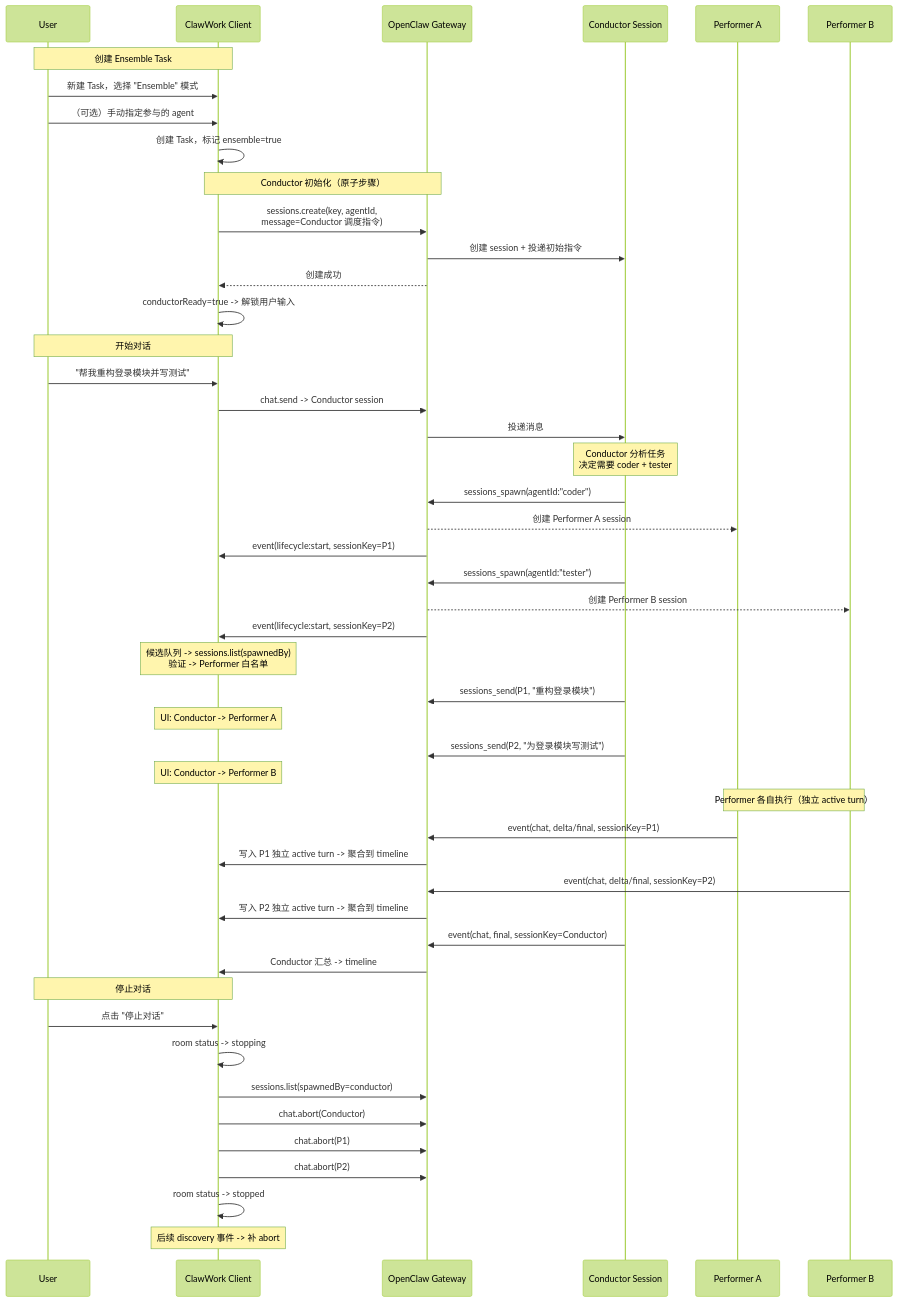
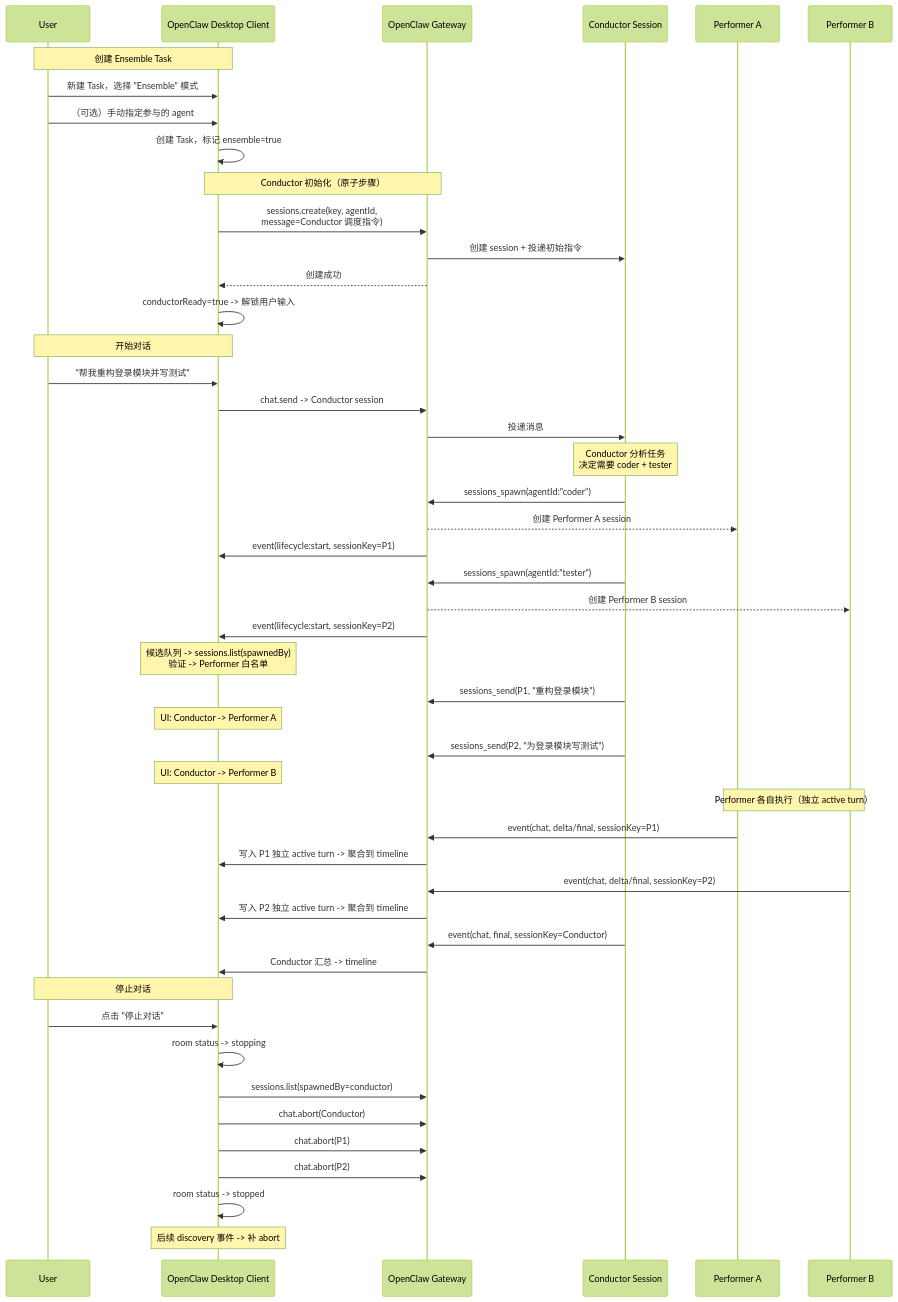
Before and after one commit to clawwork-ai/ClawWork: the first of 2 diagrams in website/src/docs/zh/2026-03-31-multi-agent-orchestration.md, drawn with Mermaid (forest theme). The commit also changed other lines of this file and 99 other files, not shown here.

First line of the commit message:
[Docs] Rebrand user-facing product name to OpenClaw Desktop (Closes #95)

````diff
--- a/website/src/docs/zh/2026-03-31-multi-agent-orchestration.md
+++ b/website/src/docs/zh/2026-03-31-multi-agent-orchestration.md
@@ -37,66 +37,66 @@
 ```mermaid
 sequenceDiagram
     participant U as User
-    participant CW as ClawWork Client
+    participant CW as OpenClaw Desktop Client
     participant GW as OpenClaw Gateway
     participant C as Conductor Session
     participant P1 as Performer A
     participant P2 as Performer B
 
     Note over U,CW: 创建 Ensemble Task
 
     U->>CW: 新建 Task，选择 "Ensemble" 模式
     U->>CW: （可选）手动指定参与的 agent
     CW->>CW: 创建 Task，标记 ensemble=true
 
     Note over CW,GW: Conductor 初始化（原子步骤）
 
     CW->>GW: sessions.create(key, agentId,<br/>message=Conductor 调度指令)
     GW->>C: 创建 session + 投递初始指令
     GW-->>CW: 创建成功
     CW->>CW: conductorReady=true -> 解锁用户输入
 
     Note over U,CW: 开始对话
 
     U->>CW: "帮我重构登录模块并写测试"
     CW->>GW: chat.send -> Conductor session
     GW->>C: 投递消息
 
     Note over C: Conductor 分析任务<br/>决定需要 coder + tester
 
     C->>GW: sessions_spawn(agentId:"coder")
     GW-->>P1: 创建 Performer A session
     GW->>CW: event(lifecycle:start, sessionKey=P1)
 
     C->>GW: sessions_spawn(agentId:"tester")
     GW-->>P2: 创建 Performer B session
     GW->>CW: event(lifecycle:start, sessionKey=P2)
 
     Note over CW: 候选队列 -> sessions.list(spawnedBy)<br/>验证 -> Performer 白名单
 
     C->>GW: sessions_send(P1, "重构登录模块")
     Note over CW: UI: Conductor -> Performer A
     C->>GW: sessions_send(P2, "为登录模块写测试")
     Note over CW: UI: Conductor -> Performer B
 
     Note over P1,P2: Performer 各自执行（独立 active turn）
 
     P1->>GW: event(chat, delta/final, sessionKey=P1)
     GW->>CW: 写入 P1 独立 active turn -> 聚合到 timeline
     P2->>GW: event(chat, delta/final, sessionKey=P2)
     GW->>CW: 写入 P2 独立 active turn -> 聚合到 timeline
 
     C->>GW: event(chat, final, sessionKey=Conductor)
     GW->>CW: Conductor 汇总 -> timeline
 
     Note over U,CW: 停止对话
 
     U->>CW: 点击 "停止对话"
     CW->>CW: room status -> stopping
     CW->>GW: sessions.list(spawnedBy=conductor)
     CW->>GW: chat.abort(Conductor)
     CW->>GW: chat.abort(P1)
     CW->>GW: chat.abort(P2)
     CW->>CW: room status -> stopped
     Note over CW: 后续 discovery 事件 -> 补 abort
 ```
````
